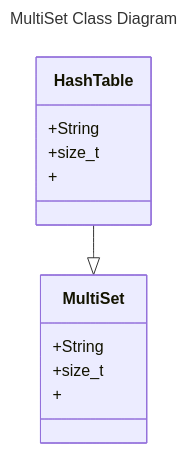
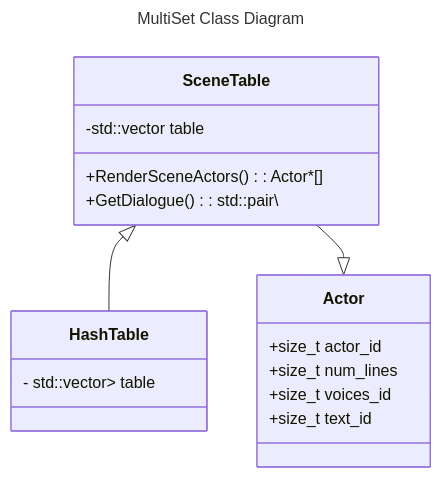
The diagram in DESIGN.md (WSU-janderson/project6-multiset-design-GrantBenR), drawn with Mermaid before and after one commit. The commit also changed other lines of this file and 1 other file, not shown here.

Commit message:
12_5 - WIP SceneTable documentation

````diff
--- a/DESIGN.md
+++ b/DESIGN.md
@@ -14,17 +76,22 @@
 ```mermaid
 ---
 title: MultiSet Class Diagram
 ---
 classDiagram
-    HashTable --|> MultiSet
-    class MultiSet{
-        +String 
-        +size_t
-        +
+    SceneTable <|-- HashTable
+    SceneTable --|> Actor
+    class SceneTable{
+        -std::vector table
+        +RenderSceneActors(): Actor*[]
+        +GetDialogue(): std::pair\<SFX* voice_ptr, GameText* text_ptr\> 
+    }
+    class Actor{
+        +size_t actor_id
+        +size_t num_lines
+        +size_t voices_id
+        +size_t text_id
     }
     class HashTable{
-        +String
-        +size_t
-        +
+        - std::vector<HashTableBucket<T>> table
     }
 ```
````
